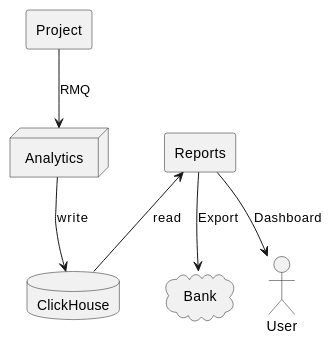
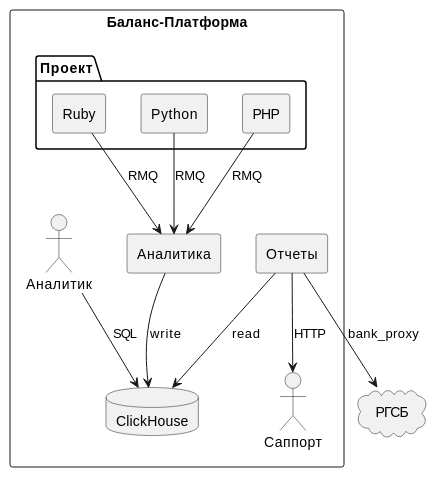
The diagram in clickhouse/slides.md (sergio-fry/slides), drawn with PlantUML before and after one commit.

Commit message:
schema updated

````diff
--- a/clickhouse/slides.md
+++ b/clickhouse/slides.md
@@ -136,16 +134,29 @@
 ```plantuml
+rectangle "Баланс-Платформа" {
+  package "Проект" as Project {
+    rectangle Ruby
+    rectangle Python
+    rectangle PHP
+  }
+  rectangle "Аналитика" as Analytics
+  database ClickHouse
+  rectangle "Отчеты" as Reports
+  actor "Саппорт" as User
+  actor "Аналитик" as Risk
 
-rectangle Project
-node Analytics
-database ClickHouse
-rectangle Reports
-cloud Bank
-actor User
+}
 
-Project --> Analytics: RMQ
+cloud "РГСБ" as Bank
+
+Ruby --> Analytics: RMQ
+Python --> Analytics: RMQ
+PHP --> Analytics: RMQ
+
+
 Analytics --> ClickHouse: write
-Reports --> Bank: Export
-Reports <-- ClickHouse: read
-Reports --> User: Dashboard
+Reports --> Bank: bank_proxy
+Reports --> ClickHouse: read
+Reports --> User: HTTP
+Risk --> ClickHouse: SQL
 
 ```
````
